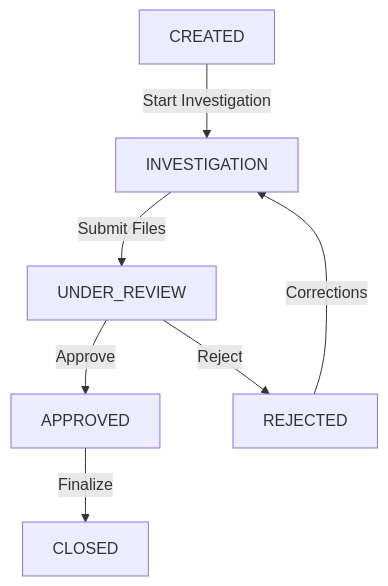
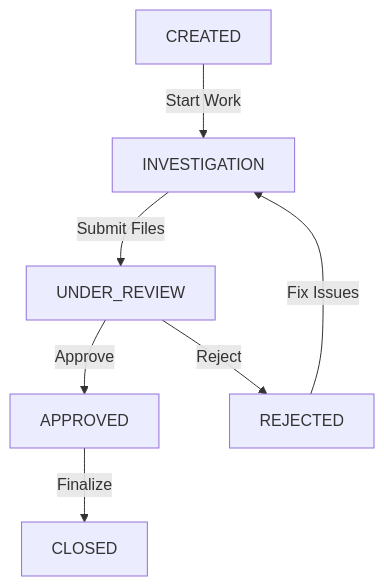
Before and after one commit to Prabhanshu2025B0384/SDMS: the second of 3 diagrams in README.md, drawn with Mermaid. The commit also changed other lines of this file, not shown here.

````diff
--- a/README.md
+++ b/README.md
@@ -142,9 +121,9 @@
 ```mermaid
 graph TD
-    A[CREATED] -->|Start Investigation| B[INVESTIGATION]
-    B -->|Submit Files| C[UNDER_REVIEW]
-    C -->|Approve| D[APPROVED]
-    C -->|Reject| E[REJECTED]
-    E -->|Corrections| B
-    D -->|Finalize| F[CLOSED]
+    Created[CREATED] -->|Start Work| Investigation[INVESTIGATION]
+    Investigation -->|Submit Files| Review[UNDER_REVIEW]
+    Review -->|Approve| Approved[APPROVED]
+    Review -->|Reject| Rejected[REJECTED]
+    Rejected -->|Fix Issues| Investigation
+    Approved -->|Finalize| Closed[CLOSED]
 ```
````
